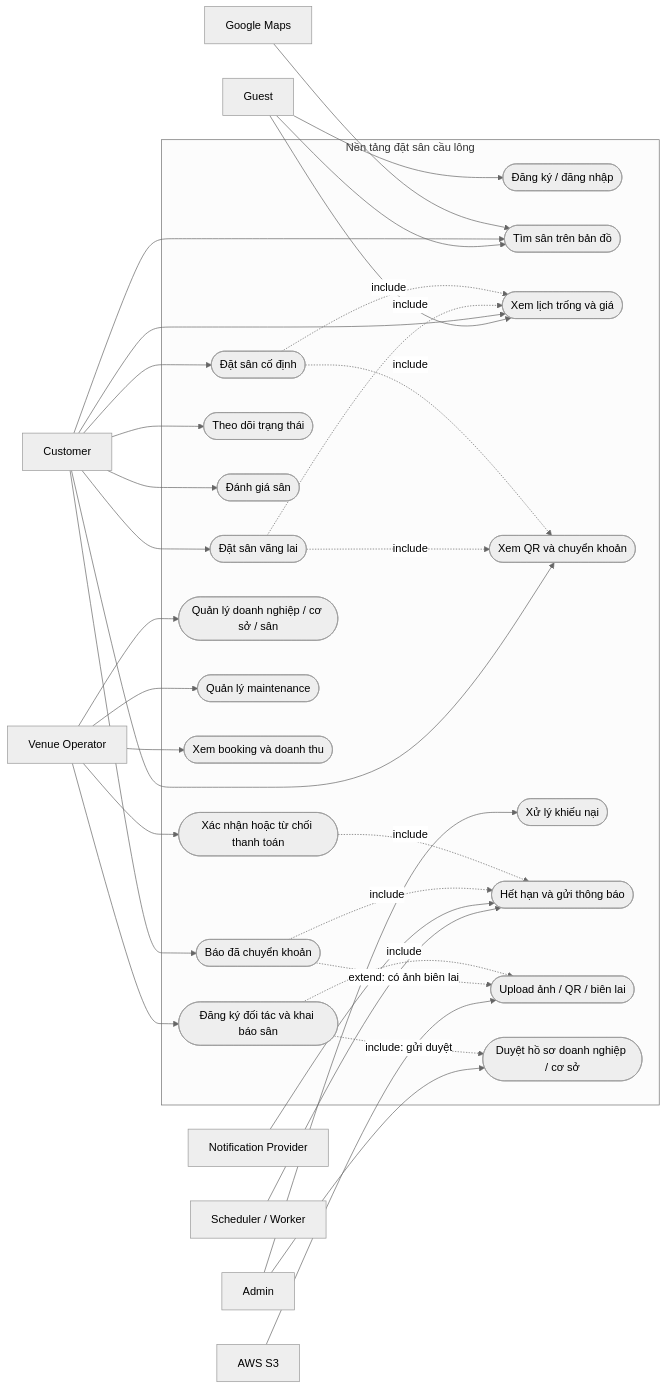
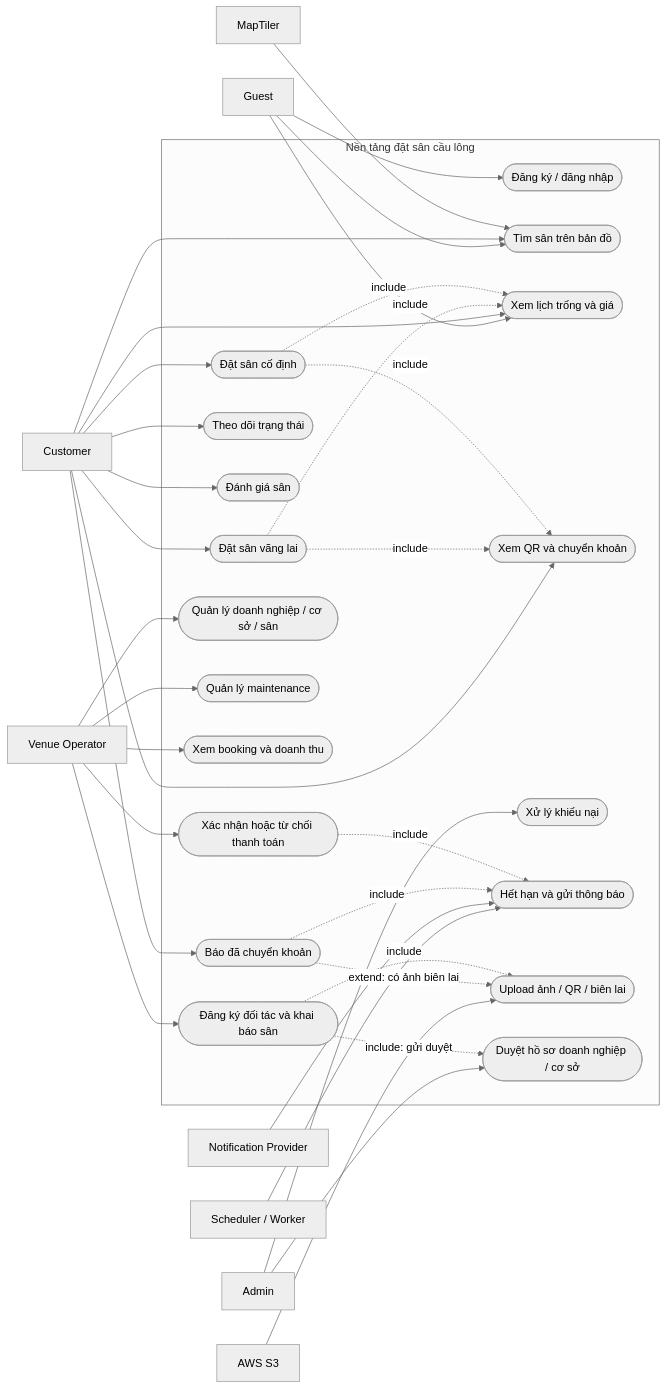
Before and after one commit to nguyendingluong20225878/ShuttleBook: the diagram in docs/01-use-cases.md, drawn with Mermaid (neutral theme). The commit also changed other lines of this file and 35 other files, not shown here.

Commit message:
feat(f02): add partner onboarding and MapTiler

````diff
--- a/docs/01-use-cases.md
+++ b/docs/01-use-cases.md
@@ -22,65 +22,65 @@
 ```mermaid
 flowchart LR
     Guest[Guest]
     Customer[Customer]
     Operator[Venue Operator]
     Admin[Admin]
     Worker[Scheduler / Worker]
     Notify[Notification Provider]
-    Map[Google Maps]
+    Map[MapTiler]
     S3[AWS S3]
 
     subgraph System[Nền tảng đặt sân cầu lông]
       UC01([Đăng ký / đăng nhập])
       UC02([Tìm sân trên bản đồ])
       UC03([Xem lịch trống và giá])
       UC04([Đặt sân vãng lai])
       UC05([Đặt sân cố định])
       UC06([Xem QR và chuyển khoản])
       UC07([Báo đã chuyển khoản])
       UC08([Theo dõi trạng thái])
       UC10([Đánh giá sân])
       UC11([Xác nhận hoặc từ chối thanh toán])
       UC12([Quản lý doanh nghiệp / cơ sở / sân])
       UC13([Quản lý maintenance])
       UC14([Xem booking và doanh thu])
       UC15([Đăng ký đối tác và khai báo sân])
       UC16([Xử lý khiếu nại])
       UC17([Hết hạn và gửi thông báo])
       UC18([Upload ảnh / QR / biên lai])
       UC19([Duyệt hồ sơ doanh nghiệp / cơ sở])
     end
 
     Guest --> UC01
     Guest --> UC02
     Guest --> UC03
     Customer --> UC02
     Customer --> UC03
     Customer --> UC04
     Customer --> UC05
     Customer --> UC06
     Customer --> UC07
     Customer --> UC08
     Customer --> UC10
     Operator --> UC11
     Operator --> UC12
     Operator --> UC13
     Operator --> UC14
     Operator --> UC15
     Admin --> UC16
     Admin --> UC19
     Worker --> UC17
     Notify --> UC17
     Map --> UC02
     S3 --> UC18
 
     UC04 -. "include" .-> UC03
     UC05 -. "include" .-> UC03
     UC04 -. "include" .-> UC06
     UC05 -. "include" .-> UC06
     UC07 -. "include" .-> UC17
     UC11 -. "include" .-> UC17
     UC07 -. "extend: có ảnh biên lai" .-> UC18
     UC15 -. "include" .-> UC18
     UC15 -. "include: gửi duyệt" .-> UC19
 ```
````
